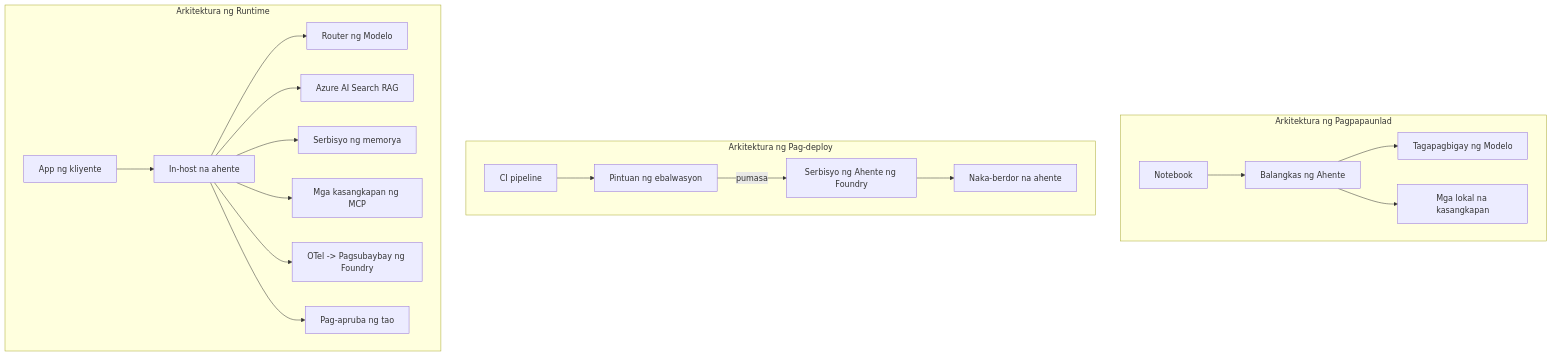
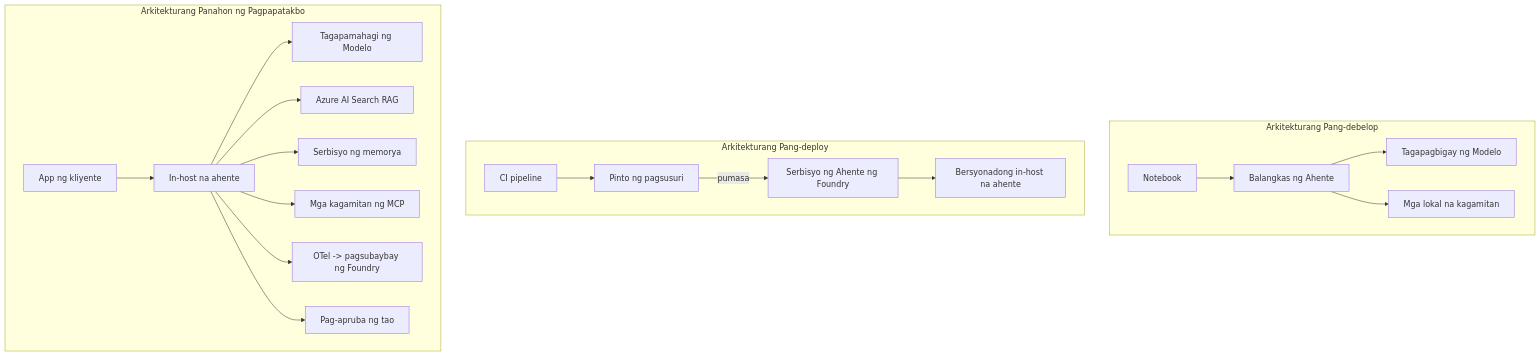
Before and after one commit to microsoft/ai-agents-for-beginners: the fourth of 4 diagrams in translations/tl/16-deploying-scalable-agents/README.md, drawn with Mermaid. The commit also changed other lines of this file and 46 other files, not shown here.

````diff
--- a/translations/tl/16-deploying-scalable-agents/README.md
+++ b/translations/tl/16-deploying-scalable-agents/README.md
@@ -185,22 +185,22 @@
 ```mermaid
 flowchart TB
-    subgraph Dev[Arkitektura ng Pagpapaunlad]
+    subgraph Dev[Arkitekturang Pang-debelop]
         D1[Notebook] --> D2[Balangkas ng Ahente]
         D2 --> D3[Tagapagbigay ng Modelo]
-        D2 --> D4[Mga lokal na kasangkapan]
+        D2 --> D4[Mga lokal na kagamitan]
     end
-    subgraph Deploy[Arkitektura ng Pag-deploy]
-        E1[CI pipeline] --> E2[Pintuan ng ebalwasyon]
+    subgraph Deploy[Arkitekturang Pang-deploy]
+        E1[CI pipeline] --> E2[Pinto ng pagsusuri]
         E2 -->|pumasa| E3[Serbisyo ng Ahente ng Foundry]
-        E3 --> E4[Naka-berdor na ahente]
+        E3 --> E4[Bersyonadong in-host na ahente]
     end
-    subgraph Run[Arkitektura ng Runtime]
+    subgraph Run[Arkitekturang Panahon ng Pagpapatakbo]
         F1[App ng kliyente] --> F2[In-host na ahente]
-        F2 --> F3[Router ng Modelo]
+        F2 --> F3[Tagapamahagi ng Modelo]
         F2 --> F4[Azure AI Search RAG]
         F2 --> F5[Serbisyo ng memorya]
-        F2 --> F6[Mga kasangkapan ng MCP]
-        F2 --> F7[OTel -> Pagsubaybay ng Foundry]
+        F2 --> F6[Mga kagamitan ng MCP]
+        F2 --> F7[OTel -> pagsubaybay ng Foundry]
         F2 --> F8[Pag-apruba ng tao]
     end
 ```
````
